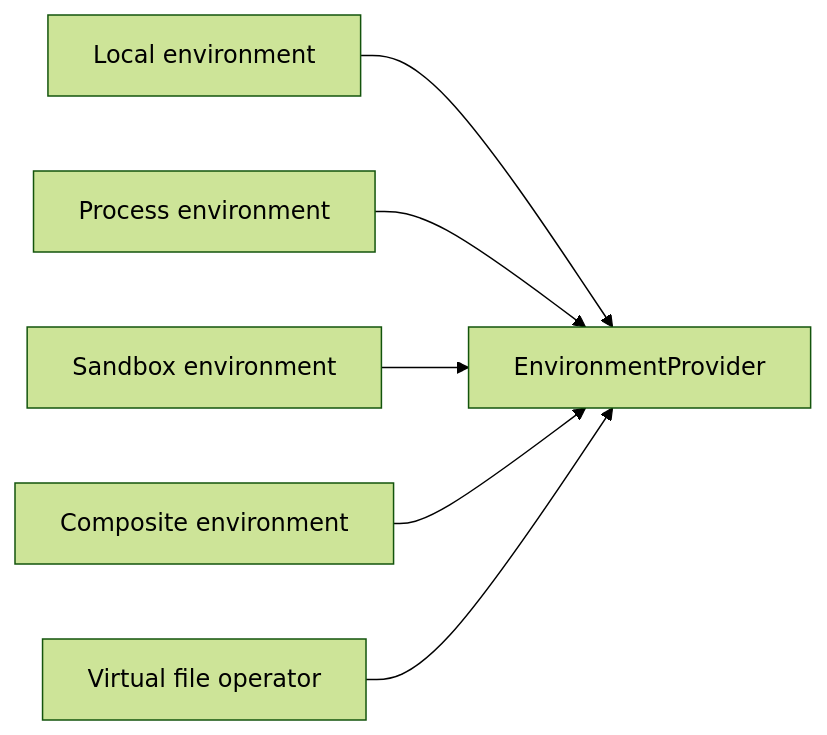
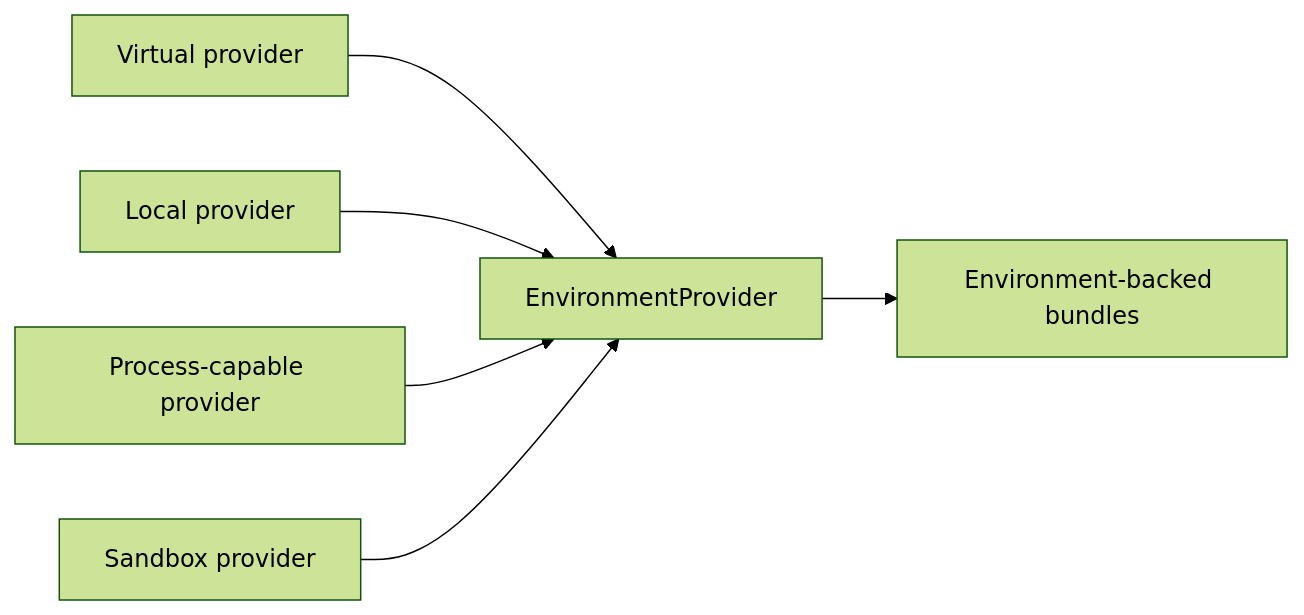
One commit to Wh1isper/starweaver changed the second of 2 diagrams in spec/sdk/05-sdk-integration-map.md. Above: the diagram before and after it, drawn with Mermaid (forest theme). The commit also changed other lines of this file and 216 other files, not shown here.

````diff
--- a/spec/sdk/05-sdk-integration-map.md
+++ b/spec/sdk/05-sdk-integration-map.md
@@ -93,15 +99,15 @@
 ```mermaid
 flowchart LR
-    local[Local environment]
-    process[Process environment]
-    sandbox[Sandbox environment]
-    composite[Composite environment]
-    virtual[Virtual file operator]
+    virtual[Virtual provider]
+    local[Local provider]
+    process[Process-capable provider]
+    sandbox[Sandbox provider]
     provider[EnvironmentProvider]
+    bundles[Environment-backed bundles]
 
+    virtual --> provider
     local --> provider
     process --> provider
     sandbox --> provider
-    composite --> provider
-    virtual --> provider
+    provider --> bundles
 ```
````
